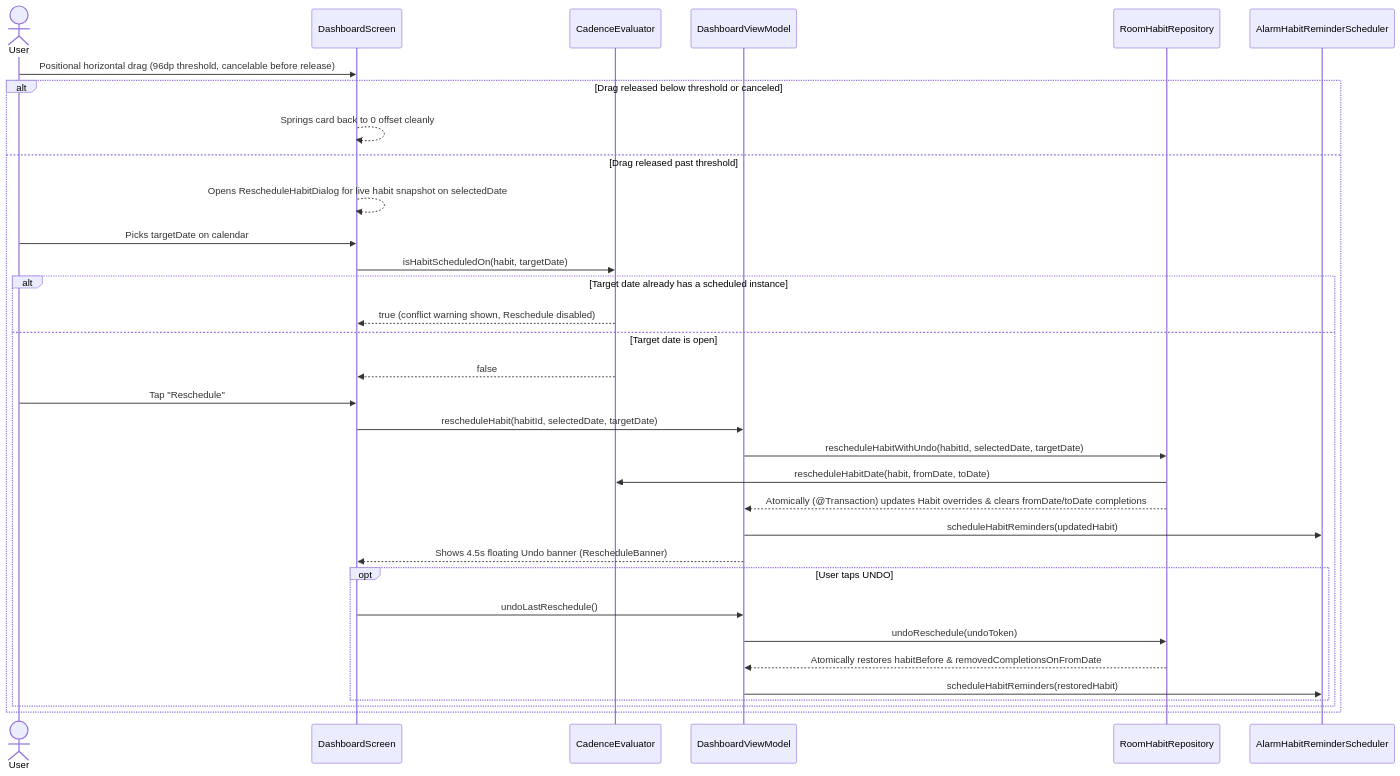
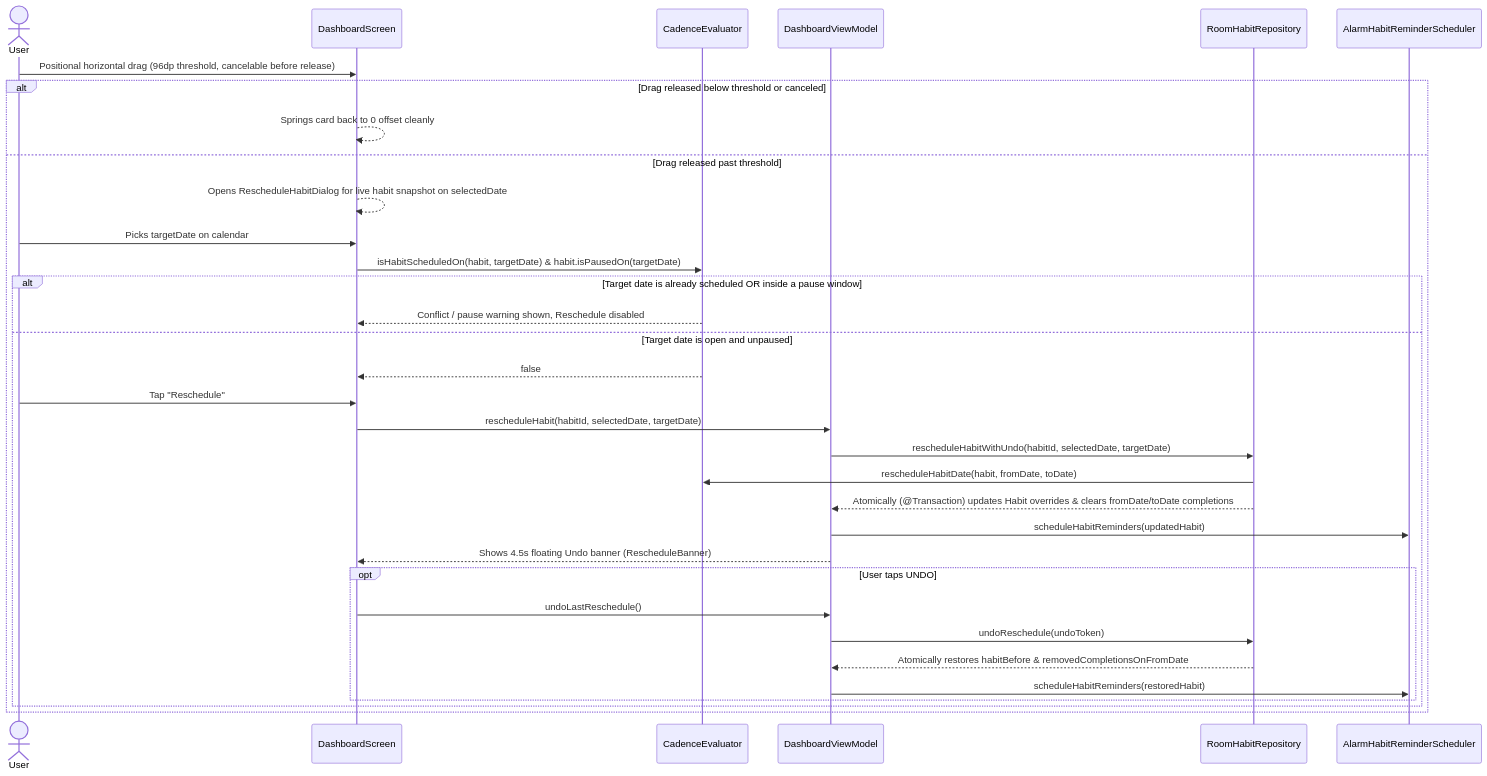
The fifth of 6 diagrams in docs/architecture.md (Vlad2000Andrei/rhythm), drawn with Mermaid before and after one commit. The commit also changed other lines of this file and 36 other files, not shown here.

First line of the commit message:
Add effective-dated habit edits, modular Room v5 schema, and habit pausing

````diff
--- a/docs/architecture.md
+++ b/docs/architecture.md
@@ -175,36 +176,36 @@
 ```mermaid
 sequenceDiagram
     actor User
     participant UI as DashboardScreen
     participant Eval as CadenceEvaluator
     participant VM as DashboardViewModel
     participant Repo as RoomHabitRepository
     participant Sched as AlarmHabitReminderScheduler
 
     User->>UI: Positional horizontal drag (96dp threshold, cancelable before release)
     alt Drag released below threshold or canceled
         UI-->>UI: Springs card back to 0 offset cleanly
     else Drag released past threshold
         UI-->>UI: Opens RescheduleHabitDialog for live habit snapshot on selectedDate
         User->>UI: Picks targetDate on calendar
-        UI->>Eval: isHabitScheduledOn(habit, targetDate)
-        alt Target date already has a scheduled instance
-            Eval-->>UI: true (conflict warning shown, Reschedule disabled)
-        else Target date is open
+        UI->>Eval: isHabitScheduledOn(habit, targetDate) & habit.isPausedOn(targetDate)
+        alt Target date is already scheduled OR inside a pause window
+            Eval-->>UI: Conflict / pause warning shown, Reschedule disabled
+        else Target date is open and unpaused
             Eval-->>UI: false
             User->>UI: Tap "Reschedule"
             UI->>VM: rescheduleHabit(habitId, selectedDate, targetDate)
             VM->>Repo: rescheduleHabitWithUndo(habitId, selectedDate, targetDate)
             Repo->>Eval: rescheduleHabitDate(habit, fromDate, toDate)
             Repo-->>VM: Atomically (@Transaction) updates Habit overrides & clears fromDate/toDate completions
             VM->>Sched: scheduleHabitReminders(updatedHabit)
             VM-->>UI: Shows 4.5s floating Undo banner (RescheduleBanner)
             opt User taps UNDO
                 UI->>VM: undoLastReschedule()
                 VM->>Repo: undoReschedule(undoToken)
                 Repo-->>VM: Atomically restores habitBefore & removedCompletionsOnFromDate
                 VM->>Sched: scheduleHabitReminders(restoredHabit)
             end
         end
     end
 ```
````
